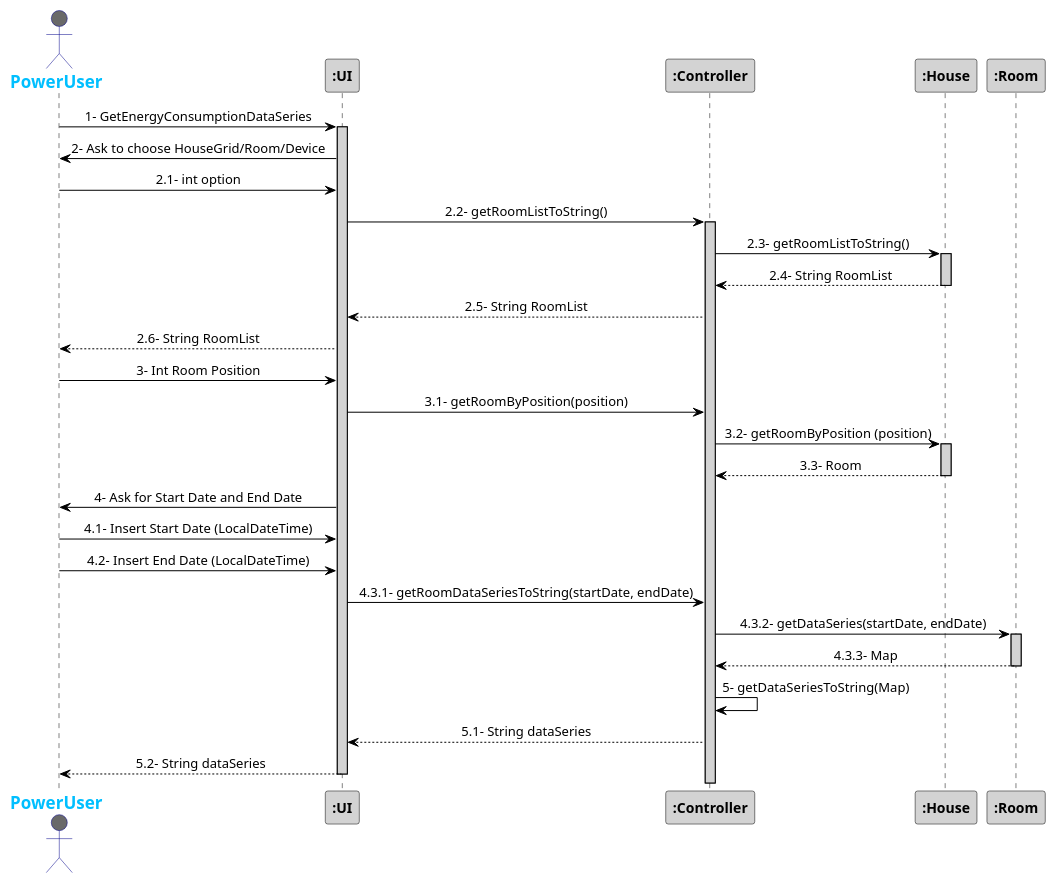
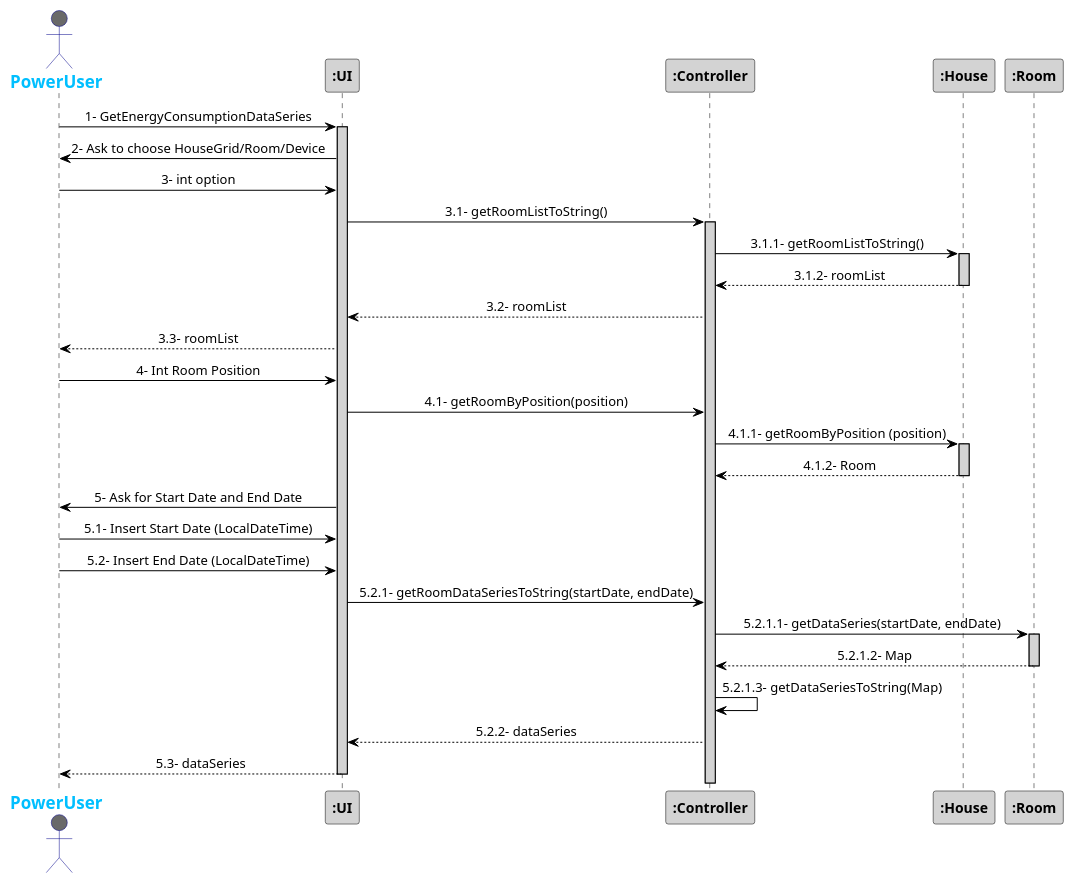
The diagram in src/Docs/Sprint3/GetEnergyConsumptionDataSeriesInterval.puml (1181687/hateoasToy), drawn with PlantUML before and after one commit. The commit also changed 1 other file, not shown here.

Commit message:
Changes to Sequence Diagrams

```diff
--- a/src/Docs/Sprint3/GetEnergyConsumptionDataSeriesInterval.puml
+++ b/src/Docs/Sprint3/GetEnergyConsumptionDataSeriesInterval.puml
@@ -1,55 +1,55 @@
 @startuml
 skinparam sequenceMessageAlign center
 skinparam sequence {
 	ArrowColor Black
 	ActorBorderColor DarkBlue
 	LifeLineBorderColor black
 	LifeLineBackgroundColor LightGrey
 
 	ParticipantBorderColor Black
 	ParticipantBackgroundColor LightGrey
 	ParticipantFontStyle Bold
 
 	ActorBackgroundColor DimGrey
 	ActorFontColor DeepSkyBlue
 	ActorFontStyle Bold
 	ActorFontSize 17
 	ActorFontName Aapex
 }
 
 actor PowerUser
 PowerUser -> ":UI": 1- GetEnergyConsumptionDataSeries
 activate ":UI"
 PowerUser <- ":UI": 2- Ask to choose HouseGrid/Room/Device
-PowerUser -> ":UI": 2.1- int option
-":UI" -> ":Controller": 2.2- getRoomListToString()
+PowerUser -> ":UI": 3- int option
+":UI" -> ":Controller": 3.1- getRoomListToString()
 activate ":Controller"
-":Controller" -> ":House": 2.3- getRoomListToString()
+":Controller" -> ":House": 3.1.1- getRoomListToString()
 activate ":House"
-":Controller" <-- ":House": 2.4- String RoomList
+":Controller" <-- ":House": 3.1.2- roomList
 deactivate ":House"
-":UI" <-- ":Controller": 2.5- String RoomList
-PowerUser <-- ":UI": 2.6- String RoomList
+":UI" <-- ":Controller": 3.2- roomList
+PowerUser <-- ":UI": 3.3- roomList
 
-PowerUser -> ":UI": 3- Int Room Position
-":UI" -> ":Controller": 3.1- getRoomByPosition(position)
-":Controller" -> ":House": 3.2- getRoomByPosition (position)
+PowerUser -> ":UI": 4- Int Room Position
+":UI" -> ":Controller": 4.1- getRoomByPosition(position)
+":Controller" -> ":House": 4.1.1- getRoomByPosition (position)
 activate ":House"
-":Controller" <-- ":House": 3.3- Room
+":Controller" <-- ":House": 4.1.2- Room
 deactivate ":House"
 
-PowerUser <- ":UI": 4- Ask for Start Date and End Date
+PowerUser <- ":UI": 5- Ask for Start Date and End Date
 
-PowerUser -> ":UI": 4.1- Insert Start Date (LocalDateTime)
-PowerUser -> ":UI": 4.2- Insert End Date (LocalDateTime)
-":UI" -> ":Controller": 4.3.1- getRoomDataSeriesToString(startDate, endDate)
-":Controller" -> ":Room": 4.3.2- getDataSeries(startDate, endDate)
+PowerUser -> ":UI": 5.1- Insert Start Date (LocalDateTime)
+PowerUser -> ":UI": 5.2- Insert End Date (LocalDateTime)
+":UI" -> ":Controller": 5.2.1- getRoomDataSeriesToString(startDate, endDate)
+":Controller" -> ":Room": 5.2.1.1- getDataSeries(startDate, endDate)
 activate ":Room"
-":Controller" <-- ":Room": 4.3.3- Map
+":Controller" <-- ":Room": 5.2.1.2- Map
 deactivate ":Room"
-":Controller" -> ":Controller": 5- getDataSeriesToString(Map)
-":Controller" --> ":UI": 5.1- String dataSeries
-PowerUser <-- ":UI": 5.2- String dataSeries
+":Controller" -> ":Controller": 5.2.1.3- getDataSeriesToString(Map)
+":Controller" --> ":UI": 5.2.2- dataSeries
+PowerUser <-- ":UI": 5.3- dataSeries
 deactivate ":UI"
 
 @enduml
```
